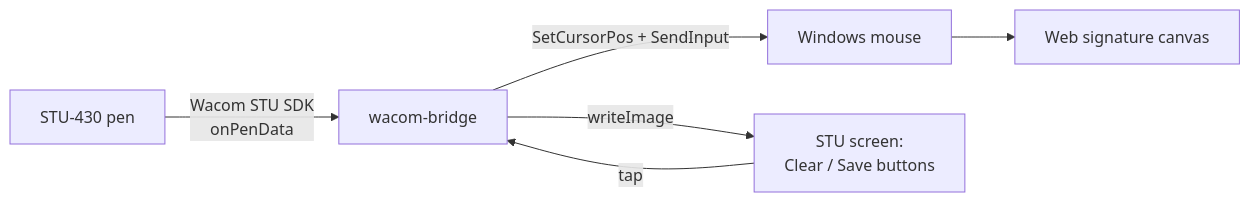
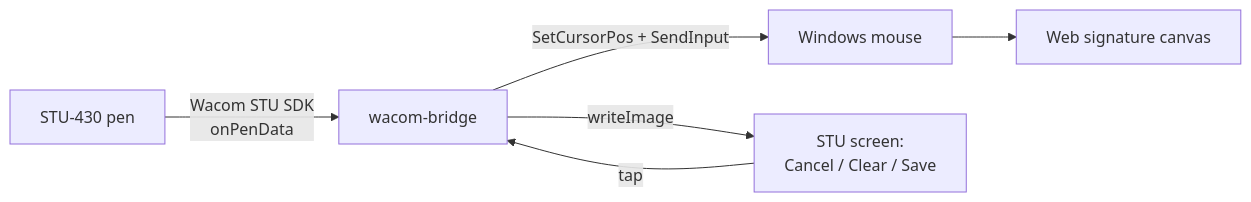
One commit to wartle/wacom-bridge changed the diagram in README.md. Above: the diagram before and after it, drawn with Mermaid. The commit also changed other lines of this file and 8 other files, not shown here.

````diff
--- a/README.md
+++ b/README.md
@@ -52,8 +52,8 @@
 ```mermaid
 flowchart LR
     A["STU-430 pen"] -->|"Wacom STU SDK<br/>onPenData"| B["wacom-bridge"]
     B -->|"SetCursorPos + SendInput"| C["Windows mouse"]
     C --> D["Web signature canvas"]
-    B -->|"writeImage"| E["STU screen:<br/>Clear / Save buttons"]
+    B -->|"writeImage"| E["STU screen:<br/>Cancel / Clear / Save"]
     E -->|"tap"| B
 ```
````
